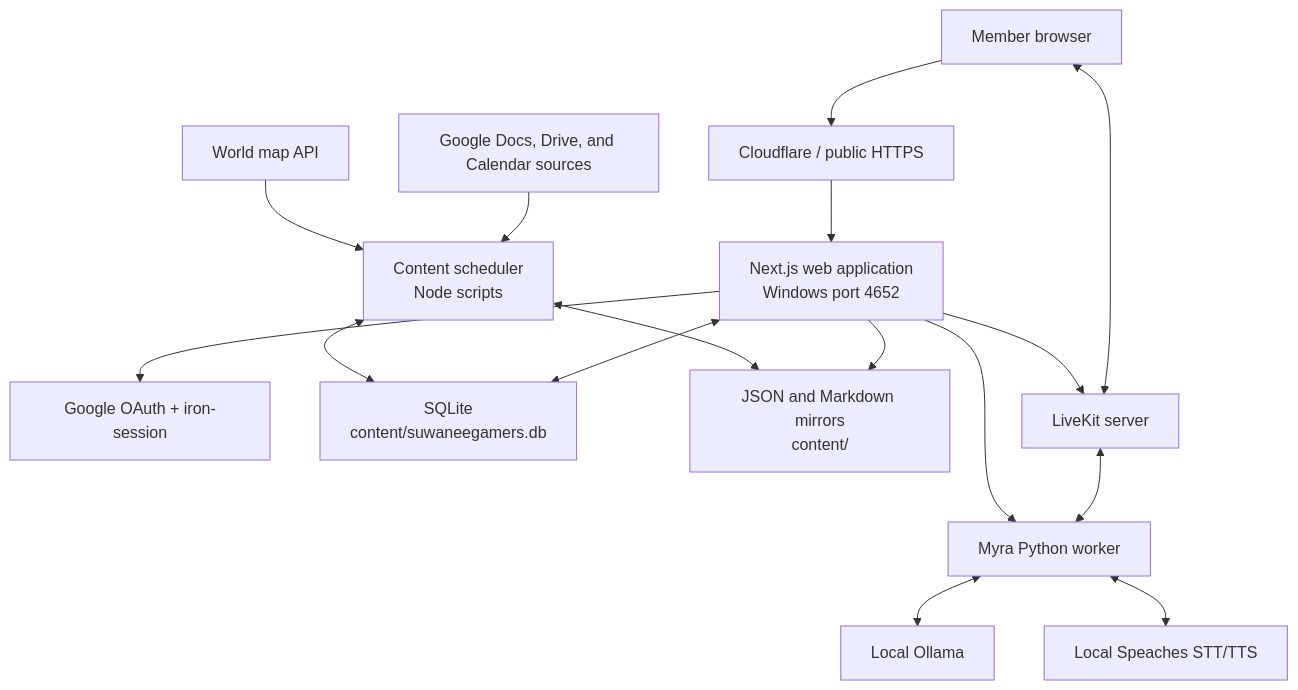
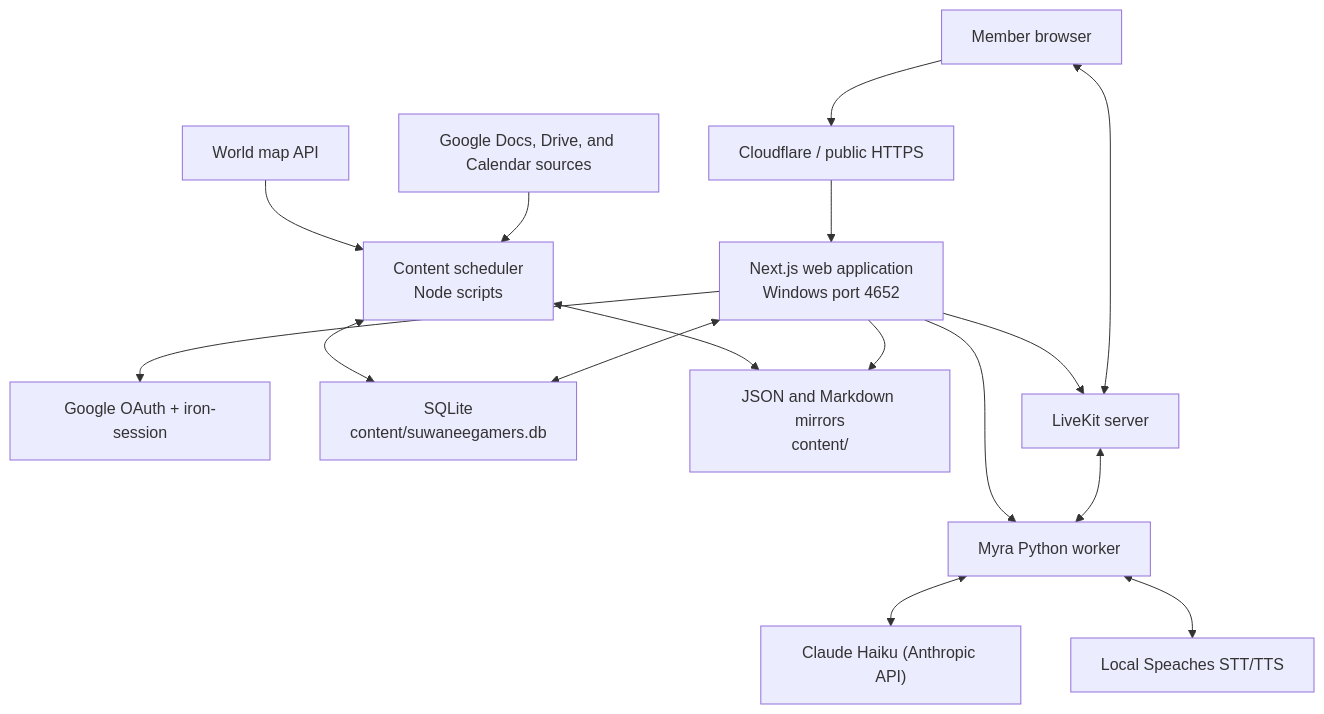
One commit to ljkmchale/suwaneegamers-poc changed the first of 2 diagrams in docs/TECH_STACK_AND_ARCHITECTURE.md. Above: the diagram before and after it, drawn with Mermaid. The commit also changed other lines of this file and 30 other files, not shown here.

````diff
--- a/docs/TECH_STACK_AND_ARCHITECTURE.md
+++ b/docs/TECH_STACK_AND_ARCHITECTURE.md
@@ -62,31 +62,31 @@
 ```mermaid
 flowchart TD
     Browser["Member browser"]
     Edge["Cloudflare / public HTTPS"]
     Next["Next.js web application<br/>Windows port 4652"]
     Auth["Google OAuth + iron-session"]
     DB["SQLite<br/>content/suwaneegamers.db"]
     JSON["JSON and Markdown mirrors<br/>content/"]
     Scheduler["Content scheduler<br/>Node scripts"]
     Google["Google Docs, Drive, and Calendar sources"]
     Map["World map API"]
     LK["LiveKit server"]
     Agent["Myra Python worker"]
-    Ollama["Local Ollama"]
+    Claude["Claude Haiku (Anthropic API)"]
     Speech["Local Speaches STT/TTS"]
 
     Browser --> Edge --> Next
     Next --> Auth
     Next <--> DB
     Next --> JSON
     Scheduler <--> DB
     Scheduler <--> JSON
     Google --> Scheduler
     Map --> Scheduler
     Browser <--> LK
     Next --> LK
     LK <--> Agent
-    Agent <--> Ollama
+    Agent <--> Claude
     Agent <--> Speech
     Next --> Agent
 ```
````
